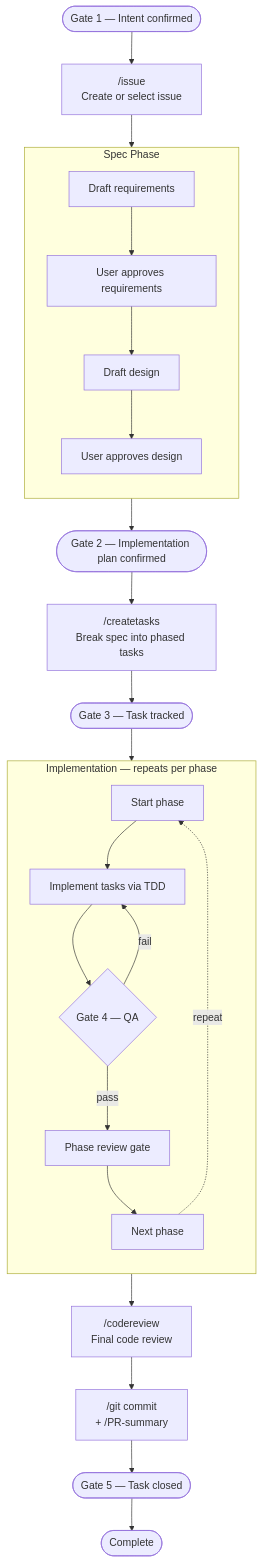
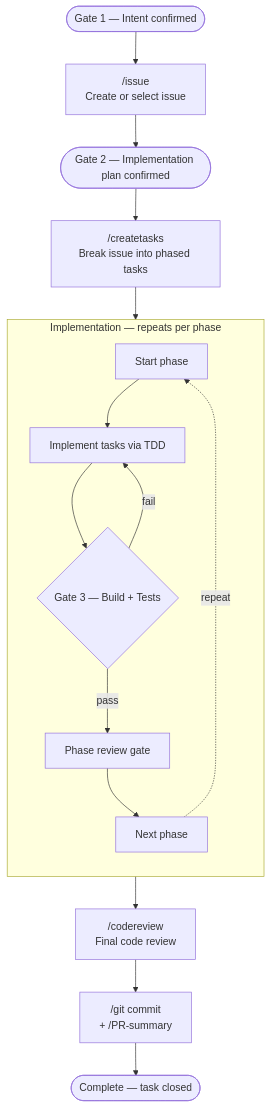
One commit to matlockx/workflow changed the fourth of 4 diagrams in README.md. Above: the diagram before and after it, drawn with Mermaid. The commit also changed other lines of this file and 22 other files, not shown here.

````diff
--- a/README.md
+++ b/README.md
@@ -346,38 +325,27 @@
 ```mermaid
 flowchart TD
     G1(["Gate 1 — Intent confirmed"]) --> Issue
 
     Issue["/issue<br/>Create or select issue"]
-    Issue --> Spec
-
-    subgraph Spec ["Spec Phase"]
-        direction TB
-        S1["Draft requirements"] --> S2["User approves requirements"]
-        S2 --> S3["Draft design"]
-        S3 --> S4["User approves design"]
-    end
-
-    Spec --> G2(["Gate 2 — Implementation plan confirmed"])
+    Issue --> G2(["Gate 2 — Implementation plan confirmed"])
     G2 --> Tasks
 
-    Tasks["/createtasks<br/>Break spec into phased tasks"]
-    Tasks --> G3(["Gate 3 — Task tracked"])
-    G3 --> Phases
+    Tasks["/createtasks<br/>Break issue into phased tasks"]
+    Tasks --> Phases
 
     subgraph Phases ["Implementation — repeats per phase"]
         direction TB
         P1["Start phase"] --> P2["Implement tasks via TDD"]
-        P2 --> P3{"Gate 4 — QA"}
+        P2 --> P3{"Gate 3 — Build + Tests"}
         P3 -->|"fail"| P2
         P3 -->|"pass"| P4["Phase review gate"]
         P4 --> P5["Next phase"]
         P5 -.->|"repeat"| P1
     end
 
     Phases --> Review
 
     Review["/codereview<br/>Final code review"]
     Review --> Commit["/git commit<br/>+ /PR-summary"]
-    Commit --> G5(["Gate 5 — Task closed"])
-    G5 --> Done(["Complete"])
+    Commit --> Done(["Complete — task closed"])
 ```
````
